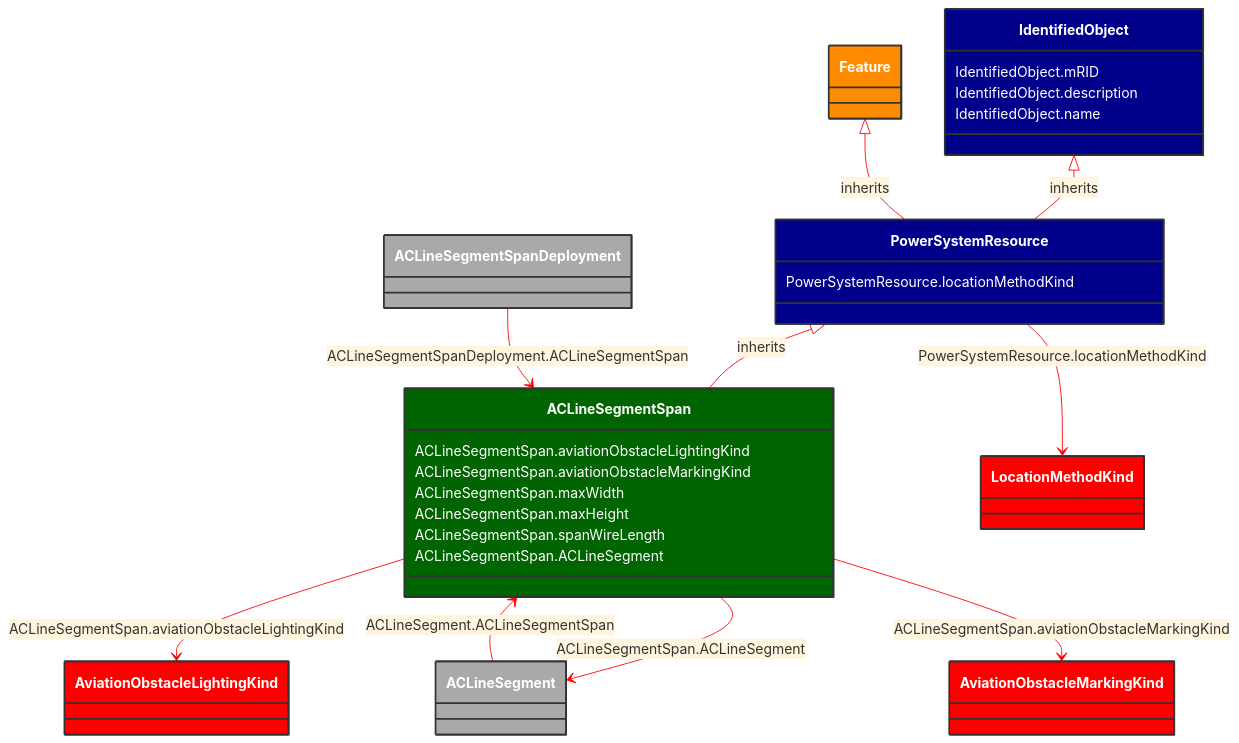
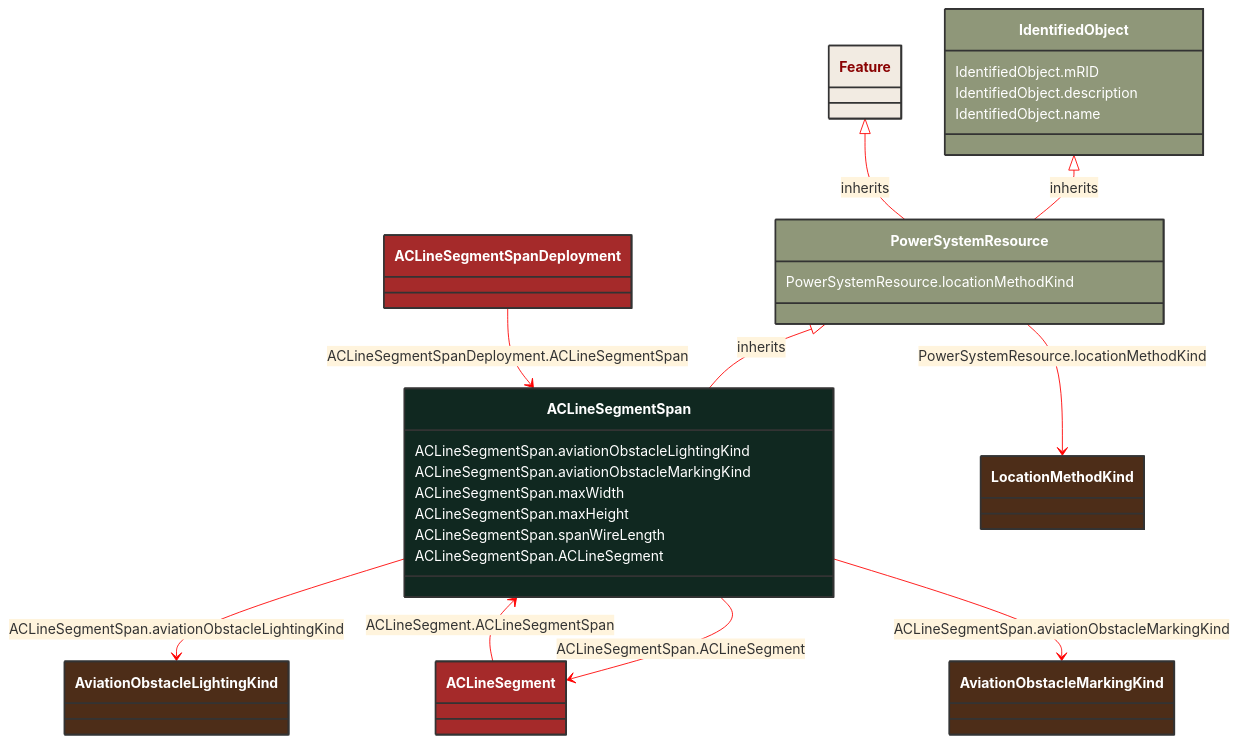
The diagram in docs/Models/Profiles/AviationObstacle/ConcreteClasses/ACLineSegmentSpan.md (3lbits/NoCIMExtensions), drawn with Mermaid before and after one commit. The commit also changed 190 other files, not shown here.

````diff
--- a/docs/Models/Profiles/AviationObstacle/ConcreteClasses/ACLineSegmentSpan.md
+++ b/docs/Models/Profiles/AviationObstacle/ConcreteClasses/ACLineSegmentSpan.md
@@ -8,68 +8,64 @@
 ```mermaid
 %%{init: {'theme':'base','themeVariables': {'lineColor': '#FF0000'}}}%%
 classDiagram
     class ACLineSegmentSpan
     click ACLineSegmentSpan href "/Models/Profiles/AviationObstacle/ConcreteClasses/ACLineSegmentSpan/"
-    style ACLineSegmentSpan fill:#006400,stroke:#333,stroke-width:2px,rx:10,ry:10,color:white
-
+    style ACLineSegmentSpan fill:#102820,stroke:#333,stroke-width:2px,rx:10,ry:10,color:white
+     
         PowerSystemResource <|-- ACLineSegmentSpan : inherits
             click PowerSystemResource href "/Models/Profiles/AviationObstacle/AbstractClasses/PowerSystemResource/"
-            style PowerSystemResource fill:#00008B,stroke:#333,stroke-width:2px,rx:10,ry:10,color:white
-
-        ACLineSegmentSpan
-            click ACLineSegmentSpan href "/Models/Profiles/AviationObstacle/ConcreteClasses/ACLineSegmentSpan/"
-            style PowerSystemResource fill:#00008B,stroke:#333,stroke-width:2px,rx:10,ry:10,color:white
-
+            style PowerSystemResource fill:#8F9779,stroke:#333,stroke-width:2px,rx:10,ry:10,color:white
+     
         IdentifiedObject <|-- PowerSystemResource : inherits
             click IdentifiedObject href "/Models/Profiles/AviationObstacle/AbstractClasses/IdentifiedObject/"
-            style IdentifiedObject fill:#00008B,stroke:#333,stroke-width:2px,rx:10,ry:10,color:white
+            style IdentifiedObject fill:#8F9779,stroke:#333,stroke-width:2px,rx:10,ry:10,color:white
 
         Feature <|-- PowerSystemResource : inherits
             click Feature href "/Models/Profiles/AviationObstacle/ConcreteClasses/Feature/"
-            style Feature fill:#FF8C00,stroke:#333,stroke-width:2px,rx:10,ry:10,color:white
+            style Feature fill:#F2EBE2,stroke:#333,stroke-width:2px,rx:10,ry:10,color:#8A0303
 
         ACLineSegmentSpan --> ACLineSegment : ACLineSegmentSpan.ACLineSegment
 
         ACLineSegment
             click ACLineSegment href "/Models/Profiles/AviationObstacle/ConcreteClasses/ACLineSegment/"
-            style ACLineSegment fill:#A9A9A9,stroke:#333,stroke-width:2px,rx:10,ry:10,color:white
+            style ACLineSegment fill:#A52A2A,stroke:#333,stroke-width:2px,rx:10,ry:10,color:white
 
         ACLineSegment --> ACLineSegmentSpan : ACLineSegment.ACLineSegmentSpan
 
         ACLineSegment
             click ACLineSegment href "/Models/Profiles/AviationObstacle/ConcreteClasses/ACLineSegment/"
-            style ACLineSegment fill:#A9A9A9,stroke:#333,stroke-width:2px,rx:10,ry:10,color:white
+            style ACLineSegment fill:#A52A2A,stroke:#333,stroke-width:2px,rx:10,ry:10,color:white
 
         ACLineSegmentSpanDeployment --> ACLineSegmentSpan : ACLineSegmentSpanDeployment.ACLineSegmentSpan
 
         ACLineSegmentSpanDeployment
             click ACLineSegmentSpanDeployment href "/Models/Profiles/AviationObstacle/ConcreteClasses/ACLineSegmentSpanDeployment/"
-            style ACLineSegmentSpanDeployment fill:#A9A9A9,stroke:#333,stroke-width:2px,rx:10,ry:10,color:white
+            style ACLineSegmentSpanDeployment fill:#A52A2A,stroke:#333,stroke-width:2px,rx:10,ry:10,color:white
 
         ACLineSegmentSpan --> AviationObstacleLightingKind : ACLineSegmentSpan.aviationObstacleLightingKind
 
         AviationObstacleLightingKind
             click AviationObstacleLightingKind href "/Models/Profiles/AviationObstacle/Enumerations/AviationObstacleLightingKind/"
-            style AviationObstacleLightingKind fill:#FF0000,stroke:#333,stroke-width:2px,rx:10,ry:10,color:white
+            style AviationObstacleLightingKind fill:#4D2D18,stroke:#333,stroke-width:2px,rx:10,ry:10,color:white
         ACLineSegmentSpan --> AviationObstacleMarkingKind : ACLineSegmentSpan.aviationObstacleMarkingKind
 
         AviationObstacleMarkingKind
             click AviationObstacleMarkingKind href "/Models/Profiles/AviationObstacle/Enumerations/AviationObstacleMarkingKind/"
-            style AviationObstacleMarkingKind fill:#FF0000,stroke:#333,stroke-width:2px,rx:10,ry:10,color:white
+            style AviationObstacleMarkingKind fill:#4D2D18,stroke:#333,stroke-width:2px,rx:10,ry:10,color:white
         PowerSystemResource --> LocationMethodKind : PowerSystemResource.locationMethodKind
 
         LocationMethodKind
             click LocationMethodKind href "/Models/Profiles/AviationObstacle/Enumerations/LocationMethodKind/"
-            style LocationMethodKind fill:#FF0000,stroke:#333,stroke-width:2px,rx:10,ry:10,color:white
+            style LocationMethodKind fill:#4D2D18,stroke:#333,stroke-width:2px,rx:10,ry:10,color:white
 
         ACLineSegmentSpan : ACLineSegmentSpan.aviationObstacleLightingKind
         ACLineSegmentSpan : ACLineSegmentSpan.aviationObstacleMarkingKind
         ACLineSegmentSpan : ACLineSegmentSpan.maxWidth
         ACLineSegmentSpan : ACLineSegmentSpan.maxHeight
         ACLineSegmentSpan : ACLineSegmentSpan.spanWireLength
         ACLineSegmentSpan : ACLineSegmentSpan.ACLineSegment
         PowerSystemResource : PowerSystemResource.locationMethodKind
         IdentifiedObject : IdentifiedObject.mRID
         IdentifiedObject : IdentifiedObject.description
         IdentifiedObject : IdentifiedObject.name
 ```
````
